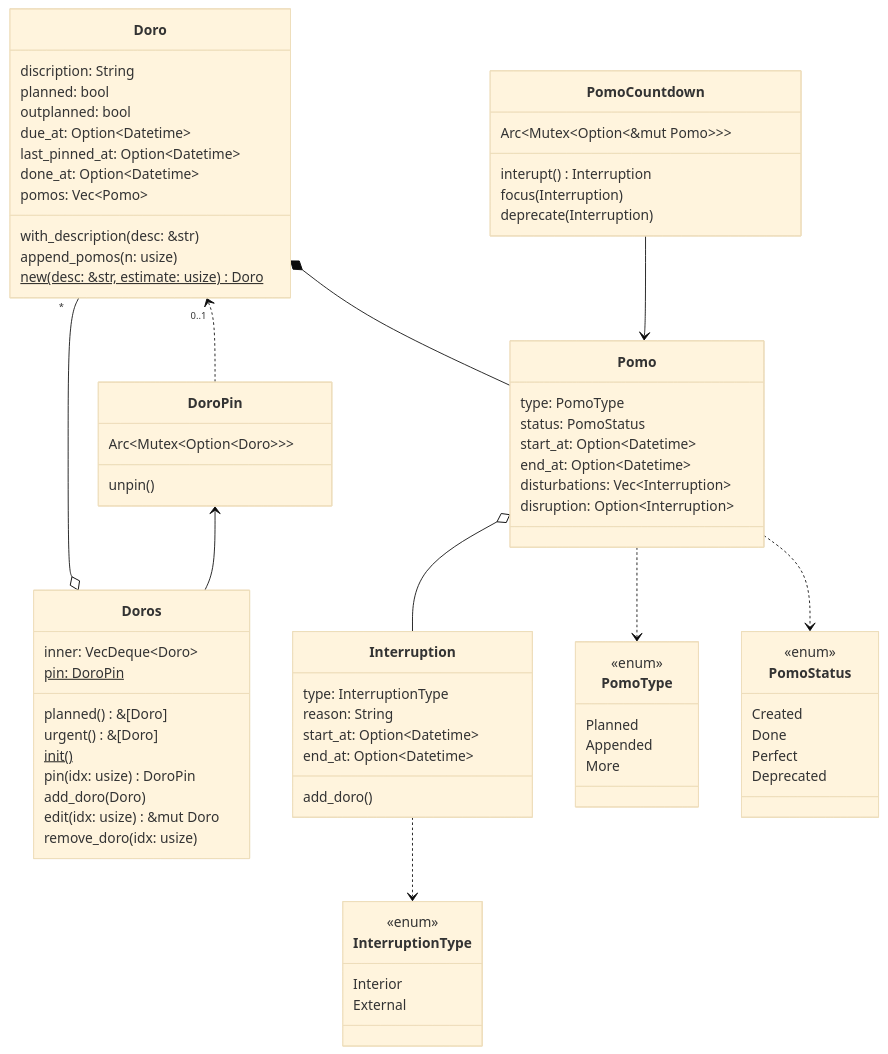
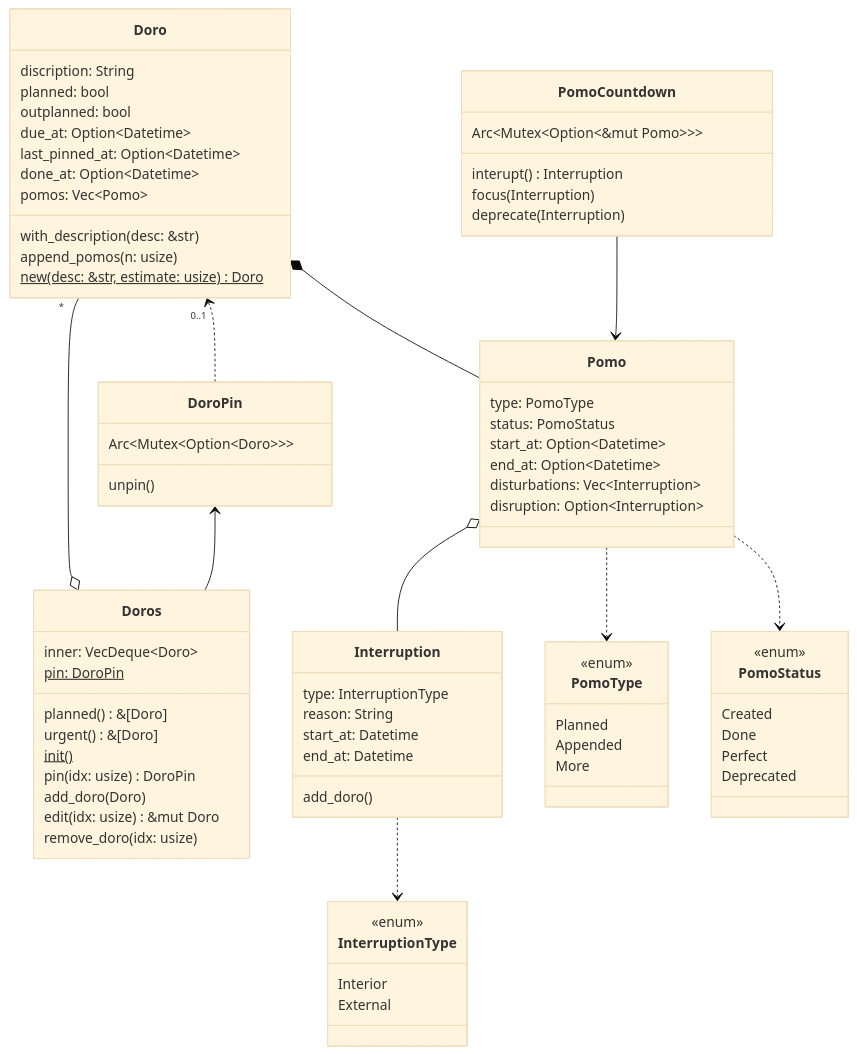
Before and after one commit to huangjj27/huangjj27.github.io: the fourth of 4 diagrams in src/pomo_doro/estimate-interuption.md, drawn with Mermaid (base theme).

Commit message:
refactor(pomo_doro: 中断总会记录始末时间

```diff
--- a/src/pomo_doro/estimate-interuption.md
+++ b/src/pomo_doro/estimate-interuption.md
@@ -231,8 +231,8 @@
     class Interruption {
         type: InterruptionType
         reason: String
-        start_at: Option~Datetime~
-        end_at: Option~Datetime~
+        start_at: Datetime
+        end_at: Datetime
         add_doro()
     }
 
```
